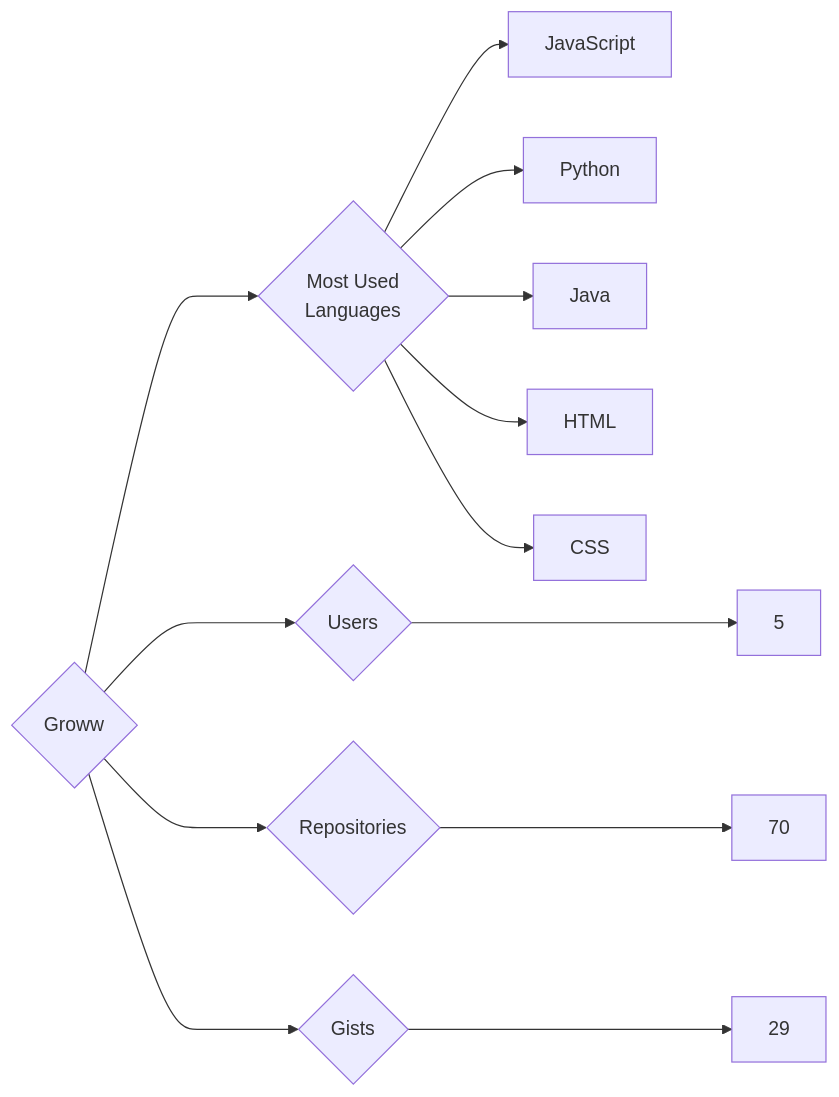
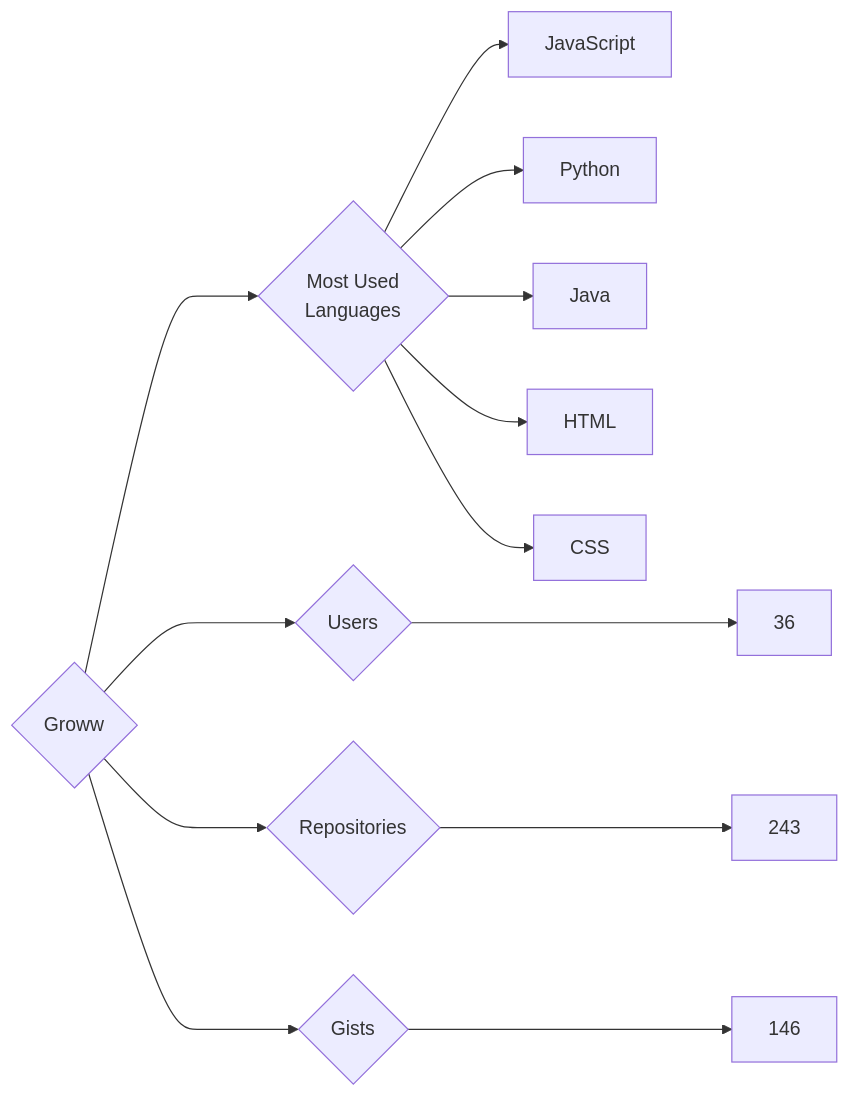
The diagram in targets/Groww/README.md (trickest/insiders), drawn with Mermaid before and after one commit. The commit also changed 925 other files, not shown here.

````diff
--- a/targets/Groww/README.md
+++ b/targets/Groww/README.md
@@ -3,13 +3,13 @@
 ```mermaid
 graph LR
 COMPANY_NAME{Groww}
-COMPANY_NAME ---> U{Users} ---> UN[5]
-COMPANY_NAME ---> R{Repositories} ---> RN[70]
-COMPANY_NAME ---> G{Gists} ---> GN[29]
+COMPANY_NAME ---> U{Users} ---> UN[36]
+COMPANY_NAME ---> R{Repositories} ---> RN[243]
+COMPANY_NAME ---> G{Gists} ---> GN[146]
 COMPANY_NAME ---> ML{Most Used<br>Languages}
 ML --> JavaScript[JavaScript]
 ML --> Python[Python]
 ML --> Java[Java]
 ML --> HTML[HTML]
 ML --> CSS[CSS]
 ```
````
